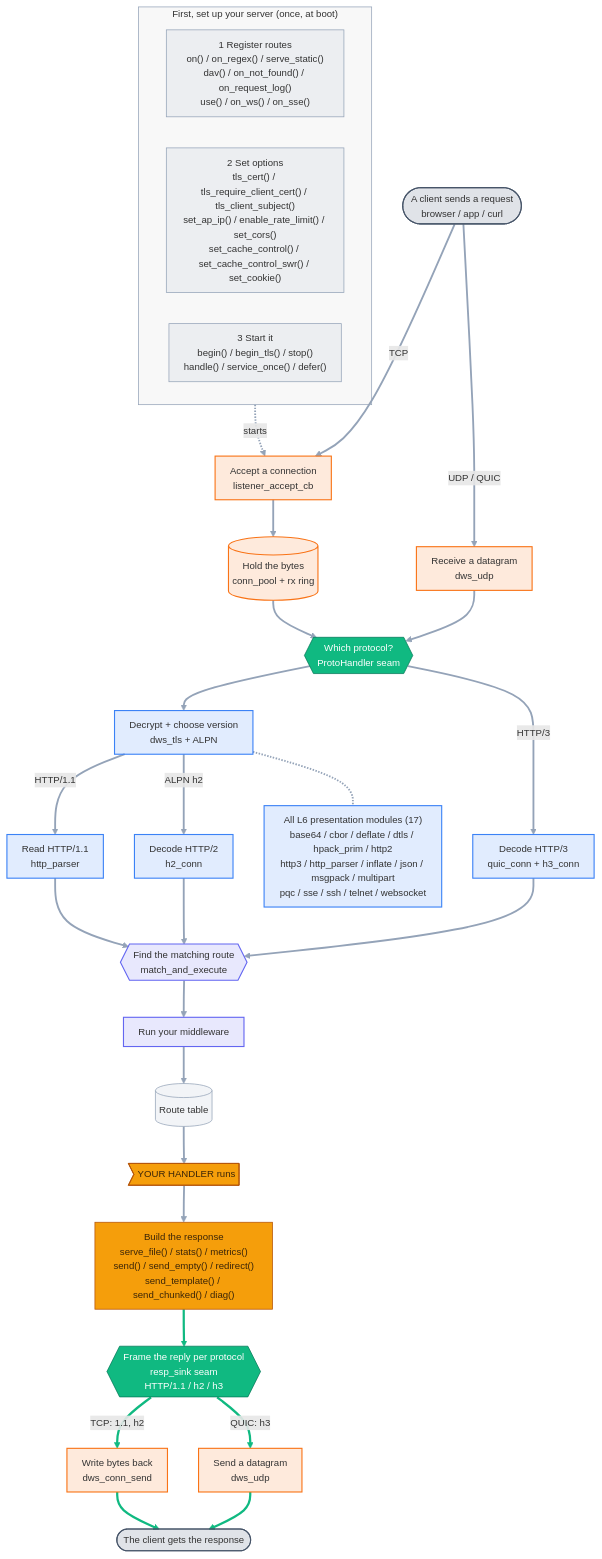
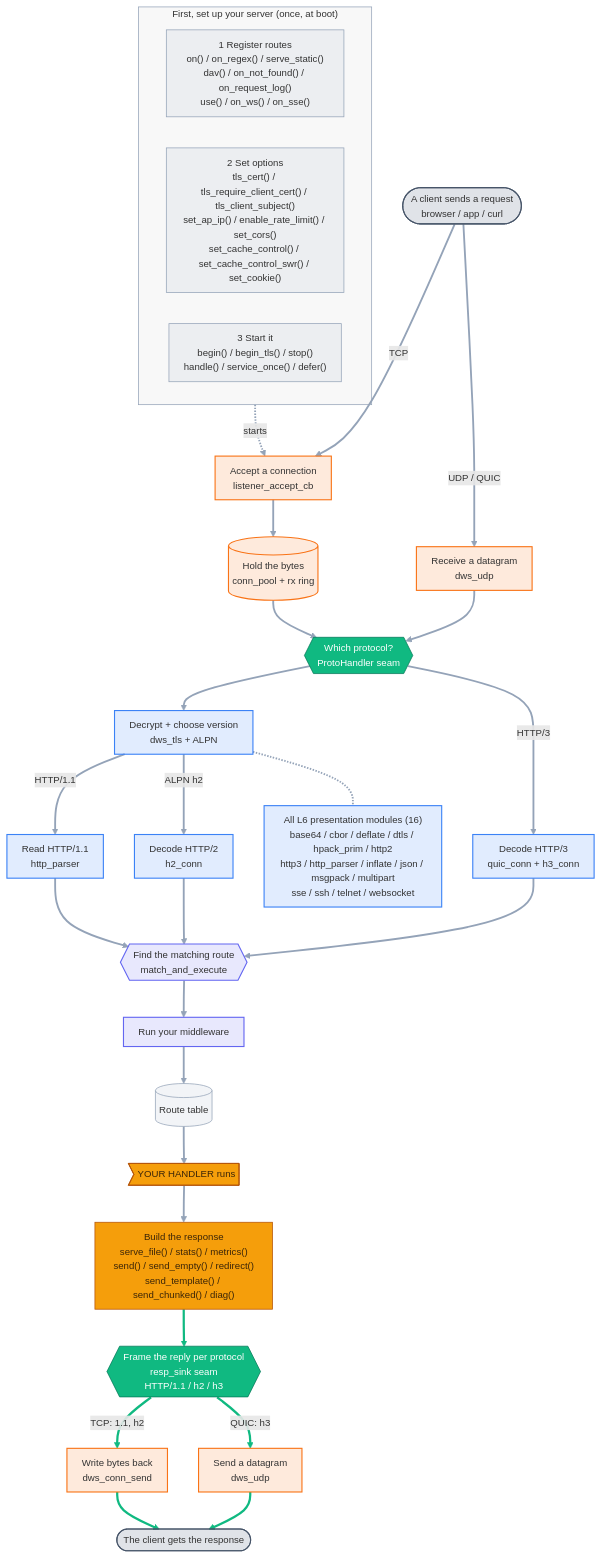
Before and after one commit to dstroy0/DeterministicESPAsyncWebServer: the diagram in docs/diagrams/api_flow_detail.mmd, drawn with Mermaid. The commit also changed 3 other files, not shown here.

```diff
--- a/docs/diagrams/api_flow_detail.mmd
+++ b/docs/diagrams/api_flow_detail.mmd
@@ -1,71 +1,71 @@
 %%{init: {'themeVariables':{'fontFamily':'ui-sans-serif,system-ui,Segoe UI,Roboto,sans-serif','fontSize':'13px','lineColor':'#94a3b8'},'flowchart':{'curve':'basis','nodeSpacing':42,'rankSpacing':50,'padding':10,'useMaxWidth':true}}}%%
 flowchart TB
   %% Auto-generated from the public API, proto_builtins.cpp, and presentation/ on disk.
   subgraph SETUP["First, set up your server (once, at boot)"]
     direction LR
     reg["1 Register routes<br/>on() / on_regex() / serve_static()<br/>dav() / on_not_found() / on_request_log()<br/>use() / on_ws() / on_sse()"]
     cfg["2 Set options<br/>tls_cert() / tls_require_client_cert() / tls_client_subject()<br/>set_ap_ip() / enable_rate_limit() / set_cors()<br/>set_cache_control() / set_cache_control_swr() / set_cookie()"]
     run["3 Start it<br/>begin() / begin_tls() / stop()<br/>handle() / service_once() / defer()"]
   end
 
   cin(["A client sends a request<br/>browser / app / curl"])
   listen["Accept a connection<br/>listener_accept_cb"]
   ring[("Hold the bytes<br/>conn_pool + rx ring")]
   udprx["Receive a datagram<br/>dws_udp"]
   seam{{"Which protocol?<br/>ProtoHandler seam<br/>"}}
   tls["Decrypt + choose version<br/>dws_tls + ALPN"]
   parser["Read HTTP/1.1<br/>http_parser"]
   h2["Decode HTTP/2<br/>h2_conn"]
   h3["Decode HTTP/3<br/>quic_conn + h3_conn"]
   mae{{"Find the matching route<br/>match_and_execute"}}
   mw["Run your middleware"]
   routes[("Route table")]
   handler>"YOUR HANDLER runs"]
   resp["Build the response<br/>serve_file() / stats() / metrics()<br/>send() / send_empty() / redirect()<br/>send_template() / send_chunked() / diag()"]
   sink{{"Frame the reply per protocol<br/>resp_sink seam<br/>HTTP/1.1 / h2 / h3"}}
   consend["Write bytes back<br/>dws_conn_send"]
   udptx["Send a datagram<br/>dws_udp"]
   cout(["The client gets the response"])
-  mods["All L6 presentation modules (17)<br/>base64 / cbor / deflate / dtls / hpack_prim / http2<br/>http3 / http_parser / inflate / json / msgpack / multipart<br/>pqc / sse / ssh / telnet / websocket"]
+  mods["All L6 presentation modules (16)<br/>base64 / cbor / deflate / dtls / hpack_prim / http2<br/>http3 / http_parser / inflate / json / msgpack / multipart<br/>sse / ssh / telnet / websocket"]
 
   run -.->|starts| listen
   cin ==>|TCP| listen
   listen --> ring
   ring --> seam
   cin ==>|UDP / QUIC| udprx
   udprx --> seam
   seam --> tls
   tls -->|HTTP/1.1| parser
   tls -->|ALPN h2| h2
   seam -->|HTTP/3| h3
   parser --> mae
   h2 --> mae
   h3 --> mae
   mae --> mw
   mw --> routes
   routes --> handler
   handler --> resp
   resp --> sink
   sink -->|TCP: 1.1, h2| consend
   sink -->|QUIC: h3| udptx
   consend ==> cout
   udptx ==> cout
   tls -.- mods
 
   class cin,cout ext;
   class reg,cfg,run,routes setup;
   class listen,ring,udprx,udptx,consend l4;
   class seam,sink seam;
   class tls,parser,h2,h3,mods l6;
   class mae,mw l7;
   class handler,resp you;
   classDef ext fill:#64748b33,stroke:#475569,stroke-width:1.5px;
   classDef setup fill:#94a3b81f,stroke:#94a3b8;
   classDef l4 fill:#f9731626,stroke:#f97316,stroke-width:1.5px;
   classDef seam fill:#10b981,stroke:#047857,color:#ffffff;
   classDef l6 fill:#3b82f626,stroke:#3b82f6,stroke-width:1.5px;
   classDef l7 fill:#6366f126,stroke:#6366f1,stroke-width:1.5px;
   classDef you fill:#f59e0b,stroke:#b45309,color:#3b2508;
   style SETUP fill:#8888880f,stroke:#94a3b8,stroke-width:1px;
   linkStyle default stroke-width:2.5px;
   linkStyle 17,18,19,20,21 stroke:#10b981,stroke-width:3px;
```
